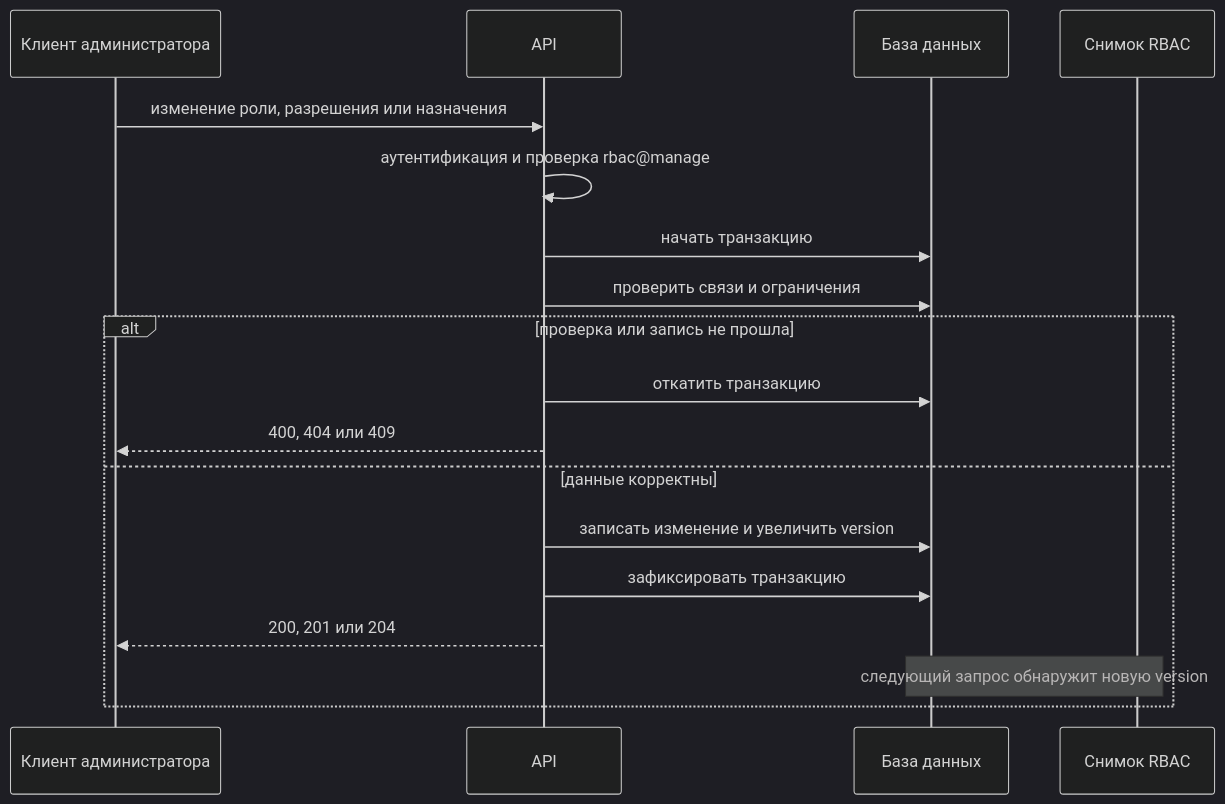
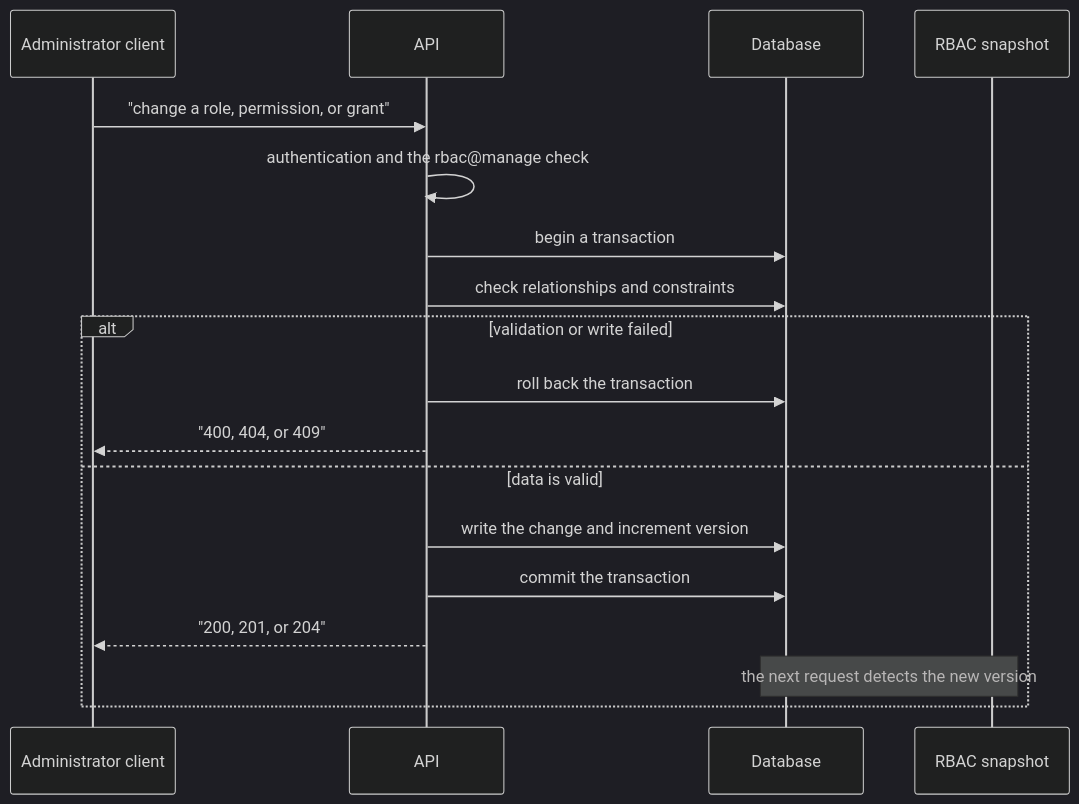
The second of 3 diagrams in courses-content/backend/A/1/en/2.1.3 RBAC.md (pavel-skripko-innowise/inno-fe-be-a1), drawn with Mermaid (dark theme) before and after one commit. The commit also changed other lines of this file and 35 other files, not shown here.

````diff
--- a/courses-content/backend/A/1/en/2.1.3 RBAC.md
+++ b/courses-content/backend/A/1/en/2.1.3 RBAC.md
@@ -70,20 +70,20 @@
 ```mermaid
 sequenceDiagram
-  participant C as Клиент администратора
+  participant C as Administrator client
   participant A as API
-  participant D as База данных
-  participant R as Снимок RBAC
-  C->>A: изменение роли, разрешения или назначения
-  A->>A: аутентификация и проверка rbac@manage
-  A->>D: начать транзакцию
-  A->>D: проверить связи и ограничения
-  alt проверка или запись не прошла
-    A->>D: откатить транзакцию
-    A-->>C: 400, 404 или 409
-  else данные корректны
-    A->>D: записать изменение и увеличить version
-    A->>D: зафиксировать транзакцию
-    A-->>C: 200, 201 или 204
-    Note over R,D: следующий запрос обнаружит новую version
+  participant D as Database
+  participant R as RBAC snapshot
+  C->>A: "change a role, permission, or grant"
+  A->>A: authentication and the rbac@manage check
+  A->>D: begin a transaction
+  A->>D: check relationships and constraints
+  alt validation or write failed
+    A->>D: roll back the transaction
+    A-->>C: "400, 404, or 409"
+  else data is valid
+    A->>D: write the change and increment version
+    A->>D: commit the transaction
+    A-->>C: "200, 201, or 204"
+    Note over R,D: the next request detects the new version
   end
 ```
````
